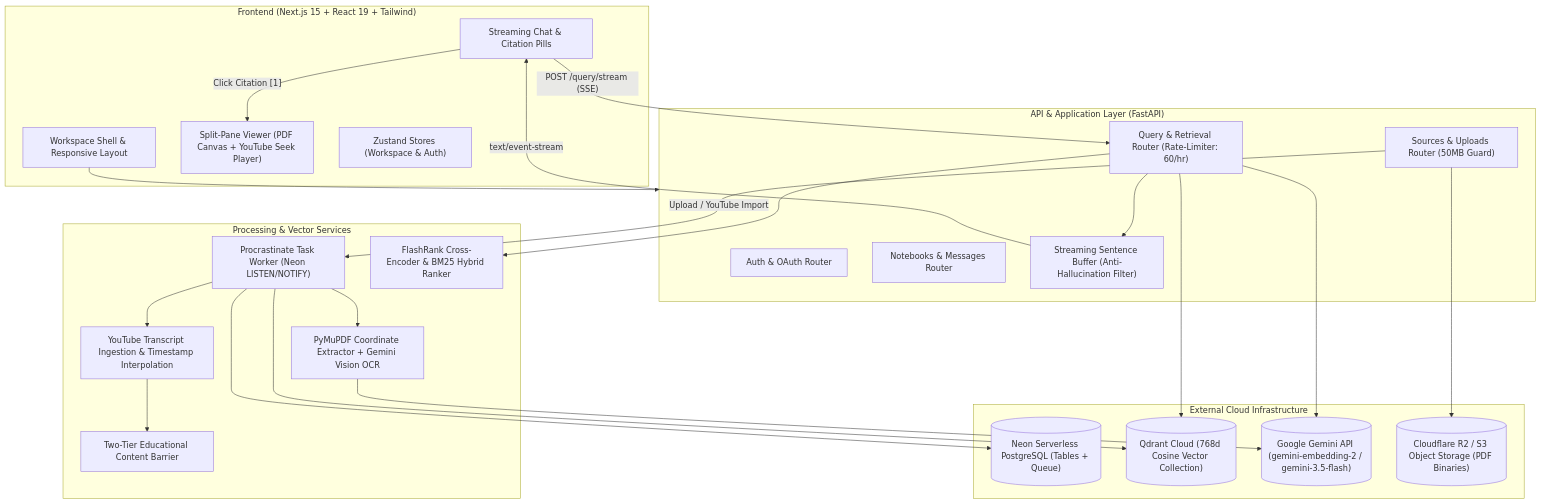
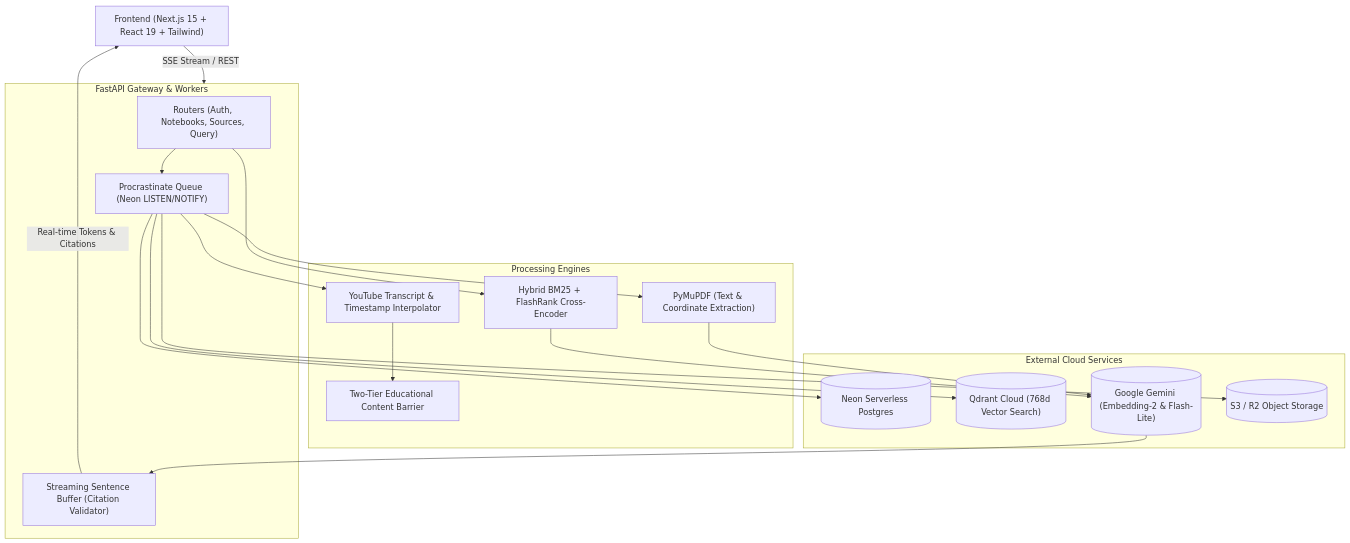
Before and after one commit to Dharmateja249/StudyLM-Citation-Grounded-RAG-Study-Assistant: the diagram in README.md, drawn with Mermaid. The commit also changed other lines of this file, not shown here.

Commit message:
docs: streamline README with concise intro, problem statement, architecture, working flow, and quick setup

````diff
--- a/README.md
+++ b/README.md
@@ -57,49 +33,32 @@
 ```mermaid
 flowchart TD
-    subgraph Client ["Frontend (Next.js 15 + React 19 + Tailwind)"]
-        UI["Workspace Shell & Responsive Layout"]
-        Viewer["Split-Pane Viewer (PDF Canvas + YouTube Seek Player)"]
-        Chat["Streaming Chat & Citation Pills"]
-        Store["Zustand Stores (Workspace & Auth)"]
+    Client["Frontend (Next.js 15 + React 19 + Tailwind)"] -->|SSE Stream / REST| Gateway["Backend API (FastAPI)"]
+    
+    subgraph Gateway ["FastAPI Gateway & Workers"]
+        API["Routers (Auth, Notebooks, Sources, Query)"]
+        SentenceBuffer["Streaming Sentence Buffer (Citation Validator)"]
+        Queue["Procrastinate Queue (Neon LISTEN/NOTIFY)"]
     end
 
-    subgraph Gateway ["API & Application Layer (FastAPI)"]
-        AuthRouter["Auth & OAuth Router"]
-        NBRouter["Notebooks & Messages Router"]
-        SourcesRouter["Sources & Uploads Router (50MB Guard)"]
-        QueryRouter["Query & Retrieval Router (Rate-Limiter: 60/hr)"]
-        StreamBuffer["Streaming Sentence Buffer (Anti-Hallucination Filter)"]
+    subgraph Pipeline ["Processing Engines"]
+        PyMuPDF["PyMuPDF (Text & Coordinate Extraction)"]
+        YouTube["YouTube Transcript & Timestamp Interpolator"]
+        Moderator["Two-Tier Educational Content Barrier"]
+        Reranker["Hybrid BM25 + FlashRank Cross-Encoder"]
     end
 
-    subgraph Pipeline ["Processing & Vector Services"]
-        Worker["Procrastinate Task Worker (Neon LISTEN/NOTIFY)"]
-        PyMuPDF["PyMuPDF Coordinate Extractor + Gemini Vision OCR"]
-        YTService["YouTube Transcript Ingestion & Timestamp Interpolation"]
-        ModService["Two-Tier Educational Content Barrier"]
-        Rerank["FlashRank Cross-Encoder & BM25 Hybrid Ranker"]
+    subgraph Cloud ["External Cloud Services"]
+        NeonDB[("Neon Serverless Postgres")]
+        Qdrant[("Qdrant Cloud (768d Vector Search)")]
+        Gemini[("Google Gemini (Embedding-2 & Flash-Lite)")]
+        S3[("S3 / R2 Object Storage")]
     end
 
-    subgraph Cloud ["External Cloud Infrastructure"]
-        NeonDB[("Neon Serverless PostgreSQL (Tables + Queue)")]
-        Qdrant[("Qdrant Cloud (768d Cosine Vector Collection)")]
-        Gemini[("Google Gemini API (gemini-embedding-2 / gemini-3.5-flash)")]
-        S3[("Cloudflare R2 / S3 Object Storage (PDF Binaries)")]
-    end
-
-    UI --> Gateway
-    Chat -- "POST /query/stream (SSE)" --> QueryRouter
-    SourcesRouter -- "Upload / YouTube Import" --> Worker
-    Worker --> PyMuPDF
-    Worker --> YTService
-    YTService --> ModService
+    API --> Queue
+    Queue --> PyMuPDF & YouTube
+    YouTube --> Moderator
     PyMuPDF --> Gemini
-    Worker --> Qdrant
-    Worker --> NeonDB
-    SourcesRouter --> S3
-    QueryRouter --> Qdrant
-    QueryRouter --> Rerank
-    QueryRouter --> Gemini
-    QueryRouter --> StreamBuffer
-    StreamBuffer -- "text/event-stream" --> Chat
-    Chat -- "Click Citation [1]" --> Viewer
+    Queue --> Qdrant & NeonDB & S3
+    API --> Reranker --> Gemini --> SentenceBuffer
+    SentenceBuffer -->|Real-time Tokens & Citations| Client
 ```
````
